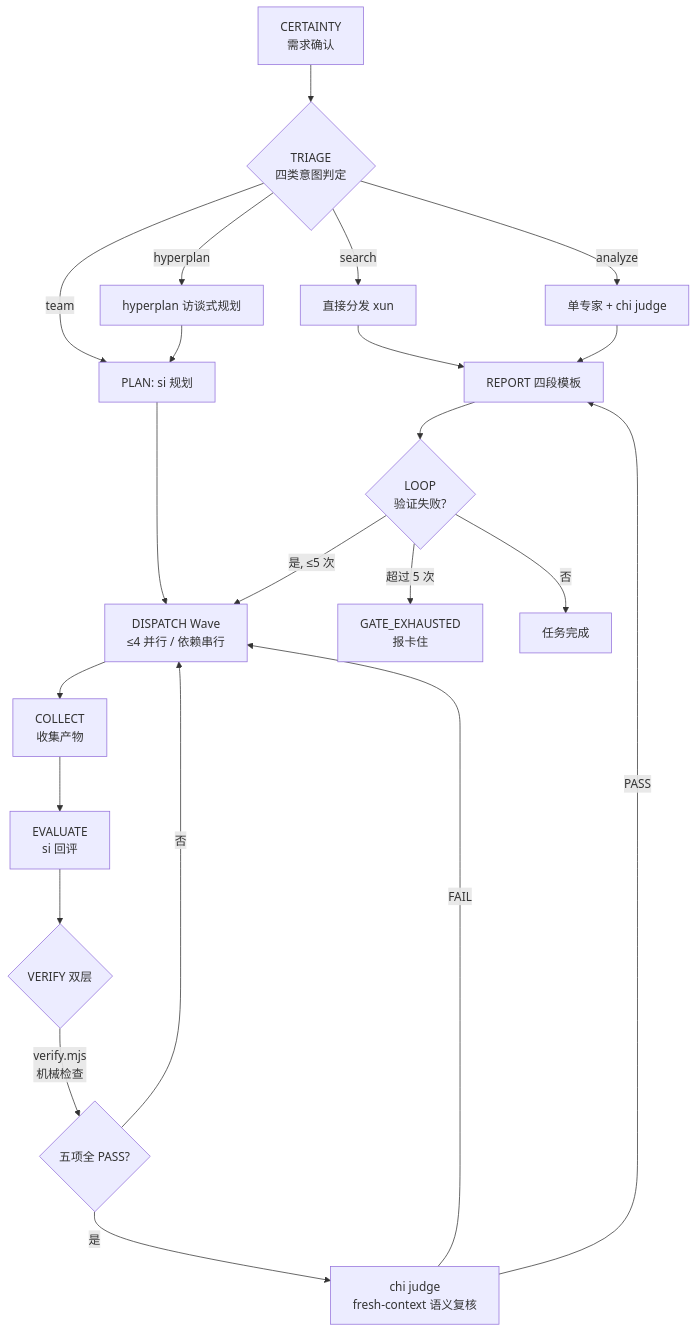
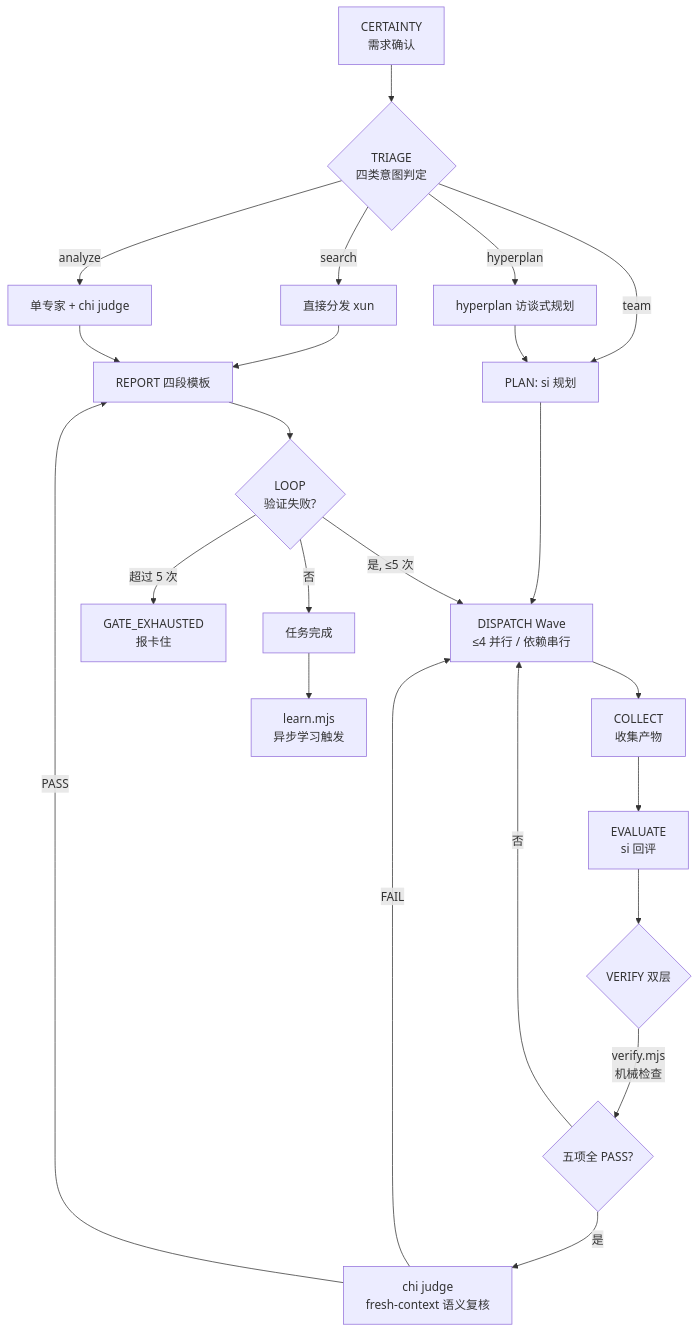
The second of 4 diagrams in docs/architecture.md (cgartlab/men), drawn with Mermaid before and after one commit. The commit also changed other lines of this file and 6 other files, not shown here.

````diff
--- a/docs/architecture.md
+++ b/docs/architecture.md
@@ -29,24 +81,25 @@
 ```mermaid
 flowchart TD
     A[CERTAINTY<br/>需求确认] --> B{TRIAGE<br/>四类意图判定}
     B -->|search| C1[直接分发 xun]
     B -->|analyze| C2[单专家 + chi judge]
     B -->|team| C3[PLAN: si 规划]
     B -->|hyperplan| C4[hyperplan 访谈式规划]
     C3 --> D[DISPATCH Wave<br/>≤4 并行 / 依赖串行]
     D --> E[COLLECT<br/>收集产物]
     E --> F[EVALUATE<br/>si 回评]
     F --> G{VERIFY 双层}
     G -->|verify.mjs<br/>机械检查| G1{五项全 PASS?}
     G1 -->|否| D
     G1 -->|是| G2[chi judge<br/>fresh-context 语义复核]
     G2 -->|FAIL| D
     G2 -->|PASS| H[REPORT 四段模板]
     C1 --> H
     C2 --> H
     C4 --> C3
     H --> I{LOOP<br/>验证失败?}
     I -->|是, ≤5 次| D
     I -->|超过 5 次| J[GATE_EXHAUSTED<br/>报卡住]
     I -->|否| K[任务完成]
+    K --> L[learn.mjs<br/>异步学习触发]
 ```
````
